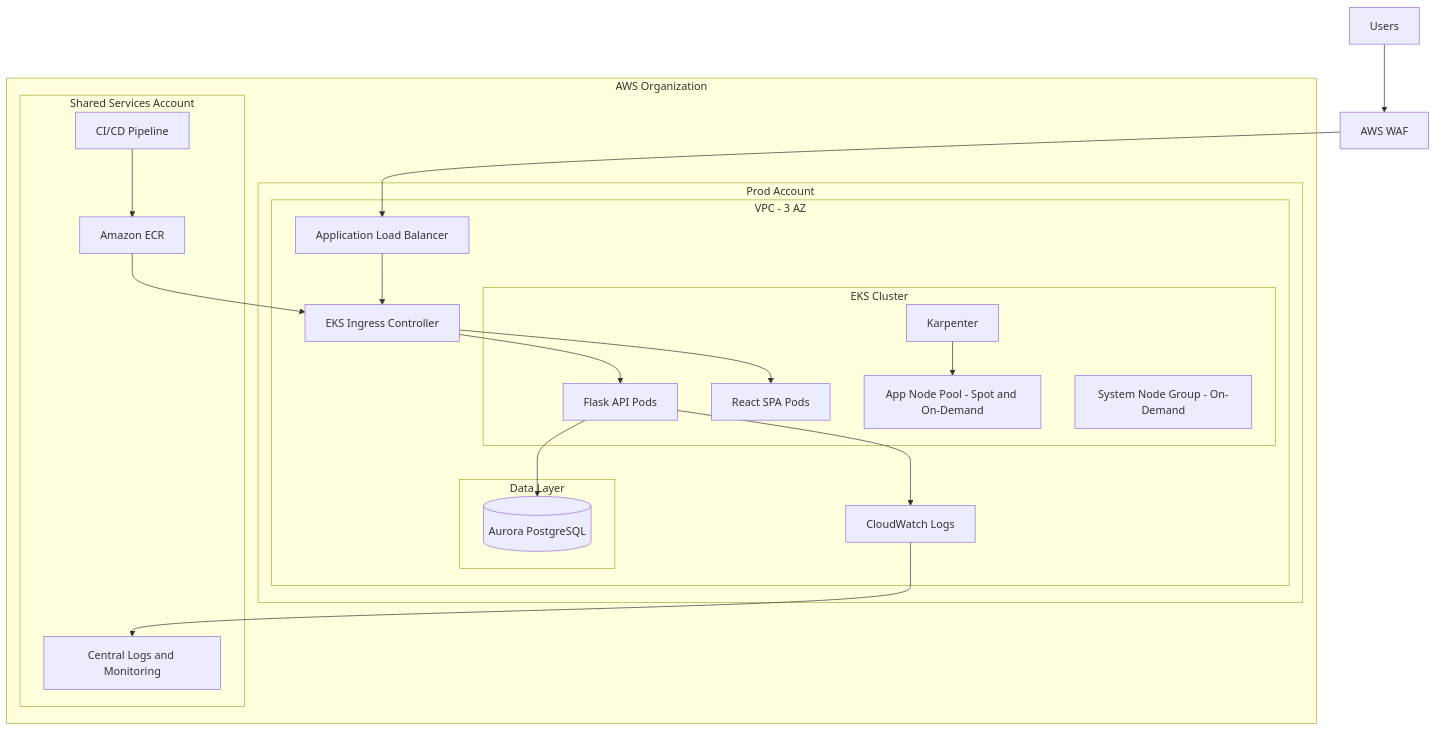
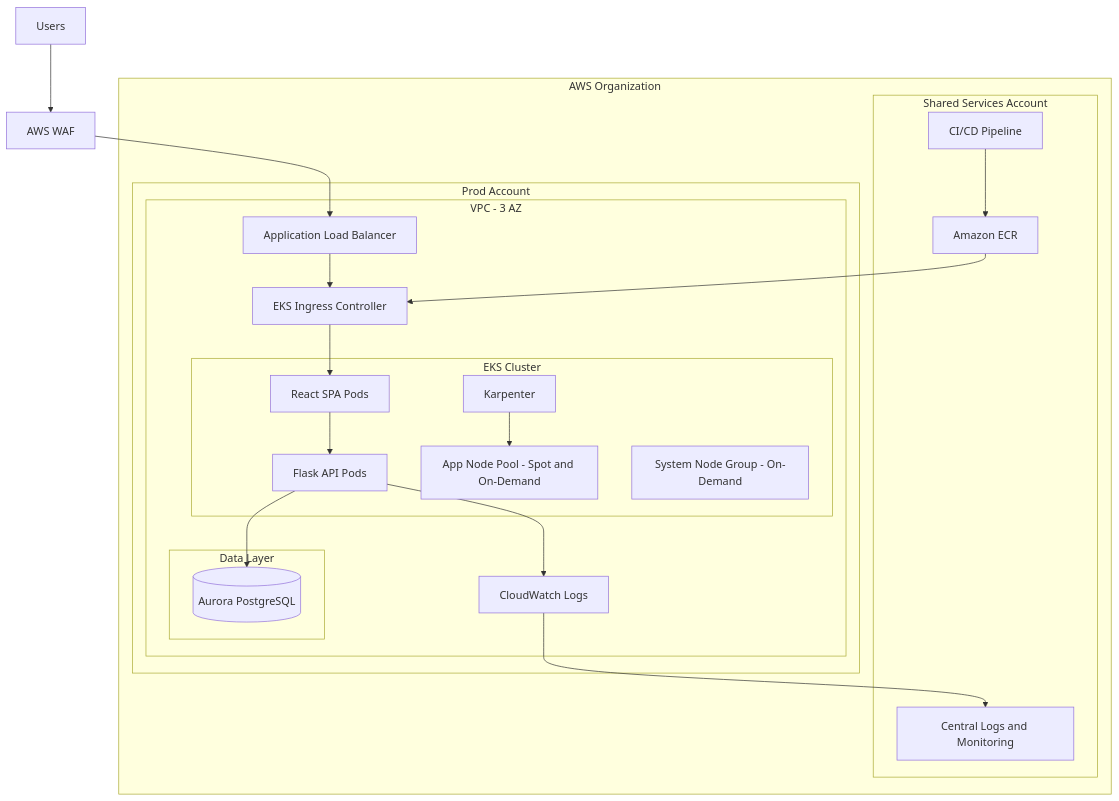
The diagram in architecture/diagrams/high-level-architecture.mmd (gezim-tech/opsfleet), drawn with Mermaid before and after one commit. The commit also changed 1 other file, not shown here.

Commit message:
fix: improve diagram readability

```diff
--- a/architecture/diagrams/high-level-architecture.mmd
+++ b/architecture/diagrams/high-level-architecture.mmd
@@ -1,39 +1,39 @@
 flowchart TB
   U[Users] --> WAF[AWS WAF]
   WAF --> ALB[Application Load Balancer]
 
   subgraph ORG[AWS Organization]
     subgraph SHARED[Shared Services Account]
       CI[CI/CD Pipeline] --> ECR[Amazon ECR]
       LOGS[Central Logs and Monitoring]
     end
 
     subgraph PROD[Prod Account]
       subgraph VPC[VPC - 3 AZ]
         ALB --> ING[EKS Ingress Controller]
 
         subgraph EKS[EKS Cluster]
+          FE[React SPA Pods]
           API[Flask API Pods]
-          FE[React SPA Pods]
           KARP[Karpenter]
           APPN[App Node Pool - Spot and On-Demand]
           SYS[System Node Group - On-Demand]
         end
 
         subgraph DATA[Data Layer]
           DB[(Aurora PostgreSQL)]
         end
 
         CWL[CloudWatch Logs]
 
-        ING --> API
         ING --> FE
+        FE --> API
         API --> DB
         API --> CWL
         KARP --> APPN
       end
     end
 
     ECR --> ING
     CWL --> LOGS
   end
```
